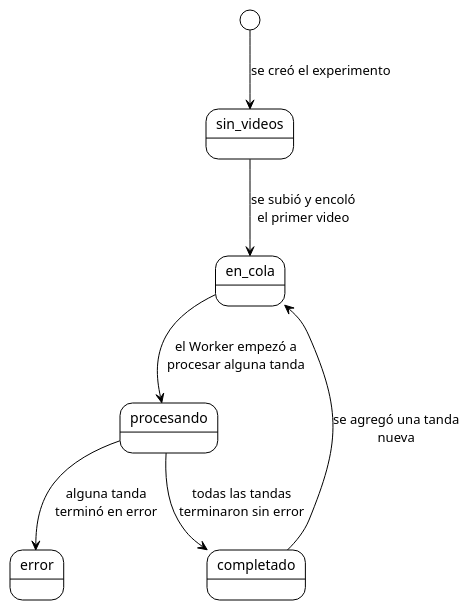
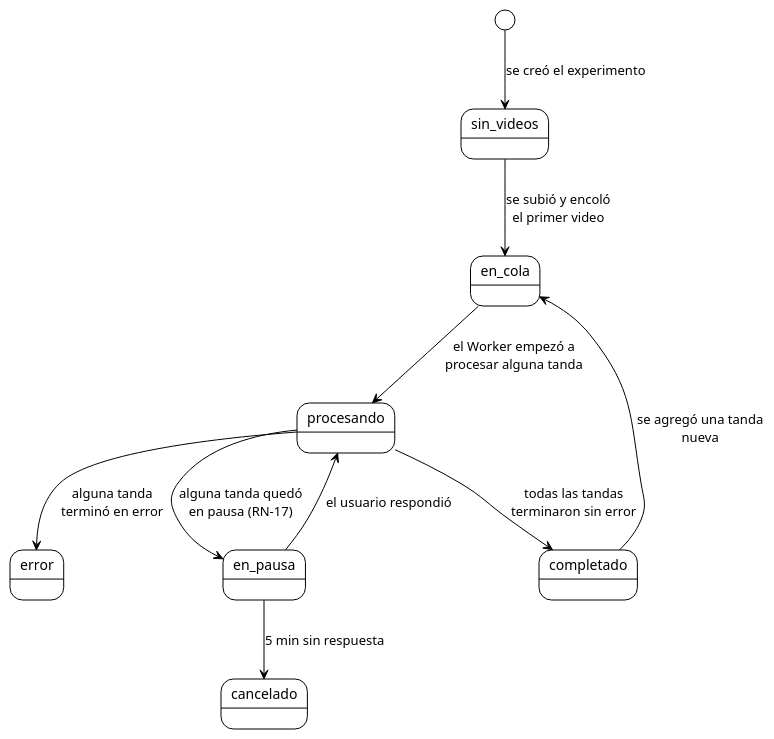
Diagram 15 of 38 in INSTRUCCIONES-WEB.md (ErickJester/fst-ai-system-latex), drawn with PlantUML before and after one commit. The commit also changed other lines of this file and 30 other files, not shown here.

````diff
--- a/INSTRUCCIONES-WEB.md
+++ b/INSTRUCCIONES-WEB.md
@@ -1578,15 +1647,18 @@
 ```plantuml
 @startuml estados_experimento
 !theme plain
 skinparam defaultFontName Arial
 skinparam shadowing false
 ' El estado del experimento NO se guarda: se calcula a partir de los
-' analisis de todas sus tandas. Precedencia: error > procesando > en cola > completado.
+' analisis de todas sus tandas. Precedencia: error > cancelado > en pausa > procesando > en cola > completado.
 [*] --> sin_videos : se creó el experimento
 sin_videos --> en_cola : se subió y encoló\nel primer video
 en_cola --> procesando : el Worker empezó a\nprocesar alguna tanda
 procesando --> completado : todas las tandas\nterminaron sin error
 procesando --> error : alguna tanda\nterminó en error
+procesando --> en_pausa : alguna tanda quedó\nen pausa (RN-17)
+en_pausa --> procesando : el usuario respondió
+en_pausa --> cancelado : 5 min sin respuesta
 completado --> en_cola : se agregó una tanda\nnueva
 @enduml
 ```
````
